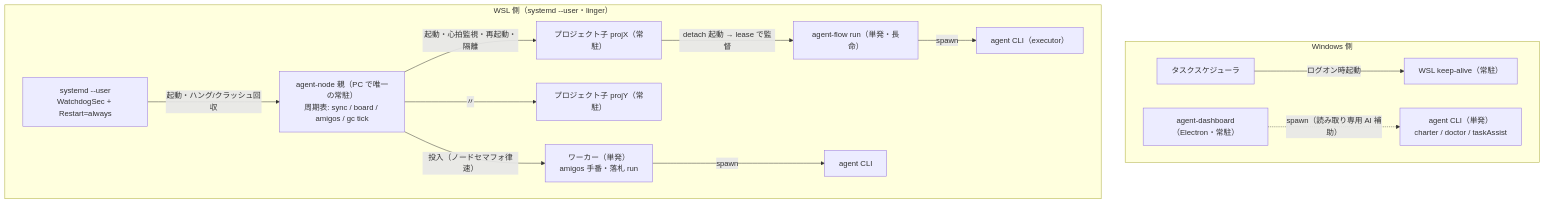
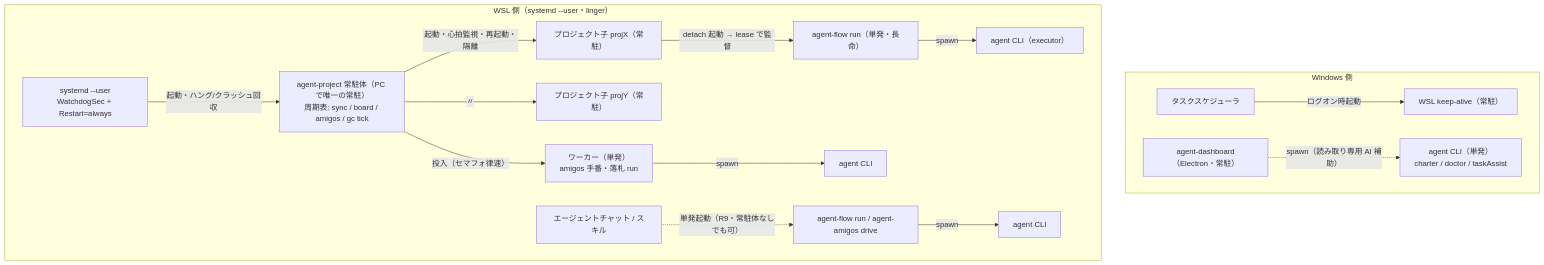
Before and after one commit to ynitto/sandbox: the first of 3 diagrams in docs/plans/2026-07-24-single-resident-controller-design.md, drawn with Mermaid. The commit also changed other lines of this file, not shown here.

First line of the commit message:
docs: revise design to rev.6 — hide internals behind agent-project, keep standalone engines

````diff
--- a/docs/plans/2026-07-24-single-resident-controller-design.md
+++ b/docs/plans/2026-07-24-single-resident-controller-design.md
@@ -122,17 +132,19 @@
 ```mermaid
 flowchart TB
   subgraph WIN["Windows 側"]
     TS["タスクスケジューラ"] -->|"ログオン時起動"| KEEP["WSL keep-alive（常駐）"]
     DASH["agent-dashboard（Electron・常駐）"]
     DASH -.->|"spawn（読み取り専用 AI 補助）"| AICLI["agent CLI（単発）<br/>charter / doctor / taskAssist"]
   end
   subgraph WSLB["WSL 側（systemd --user・linger）"]
-    SYSD["systemd --user<br/>WatchdogSec + Restart=always"] -->|"起動・ハング/クラッシュ回収"| NODE["agent-node 親（PC で唯一の常駐）<br/>周期表: sync / board / amigos / gc tick"]
+    SYSD["systemd --user<br/>WatchdogSec + Restart=always"] -->|"起動・ハング/クラッシュ回収"| NODE["agent-project 常駐体（PC で唯一の常駐）<br/>周期表: sync / board / amigos / gc tick"]
     NODE -->|"起動・心拍監視・再起動・隔離"| C1["プロジェクト子 projX（常駐）"]
     NODE -->|"〃"| C2["プロジェクト子 projY（常駐）"]
-    NODE -->|"投入（ノードセマフォ律速）"| W["ワーカー（単発）<br/>amigos 手番・落札 run"]
+    NODE -->|"投入（セマフォ律速）"| W["ワーカー（単発）<br/>amigos 手番・落札 run"]
     C1 -->|"detach 起動 → lease で監督"| R["agent-flow run（単発・長命）"]
     R -->|"spawn"| E1["agent CLI（executor）"]
     W -->|"spawn"| E2["agent CLI"]
+    SKILL["エージェントチャット / スキル"] -.->|"単発起動（R9・常駐体なしでも可）"| R2["agent-flow run / agent-amigos drive"]
+    R2 -->|"spawn"| E3["agent CLI"]
   end
 ```
````
